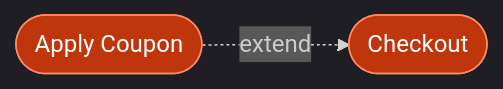
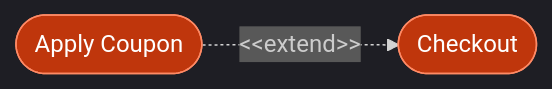
Diagram 20 of 25 in plugins/sdd-workflow/shared/references/usecase_diagram_guide.md (ToshikiImagawa/ai-sdd-workflow), drawn with Mermaid before and after one commit. The commit also changed other lines of this file and 48 other files, not shown here.

First line of the commit message:
v3.0.1: Mermaid記法のUML標準準拠とsdd-init設定管理機能の追加 (#35)

````diff
--- a/plugins/sdd-workflow/shared/references/usecase_diagram_guide.md
+++ b/plugins/sdd-workflow/shared/references/usecase_diagram_guide.md
@@ -530,9 +533,9 @@
 ```mermaid
 %%{init: {'theme': 'dark'}}%%
 flowchart LR
-    UC2(["Apply Coupon"]) -. extend .-> UC1(["Checkout"])
+    UC2(["Apply Coupon"]) -.->|"&lt;&lt;extend&gt;&gt;"| UC1(["Checkout"])
 
     classDef usecase fill:#bf360c,stroke:#ff8a65,color:#fff
 
     class UC1,UC2 usecase
 ```
````
